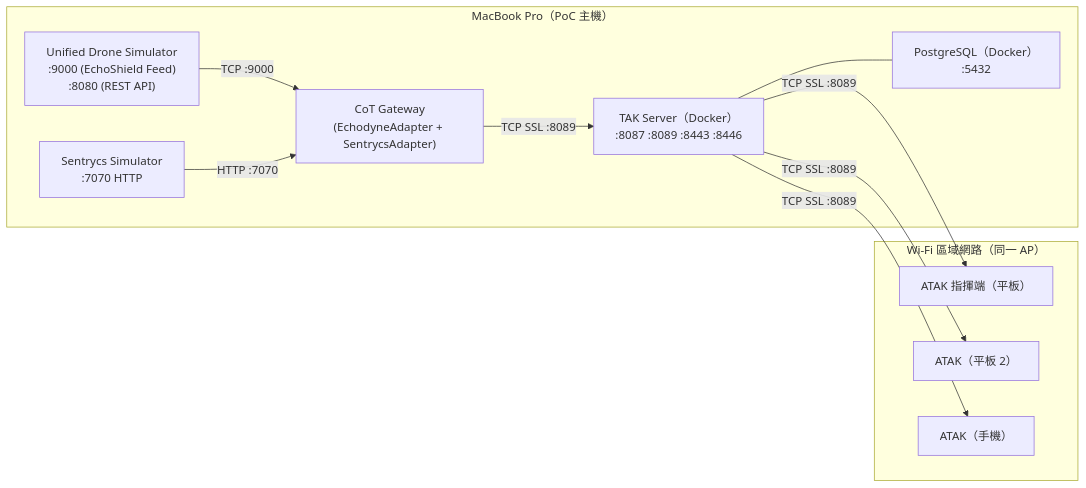
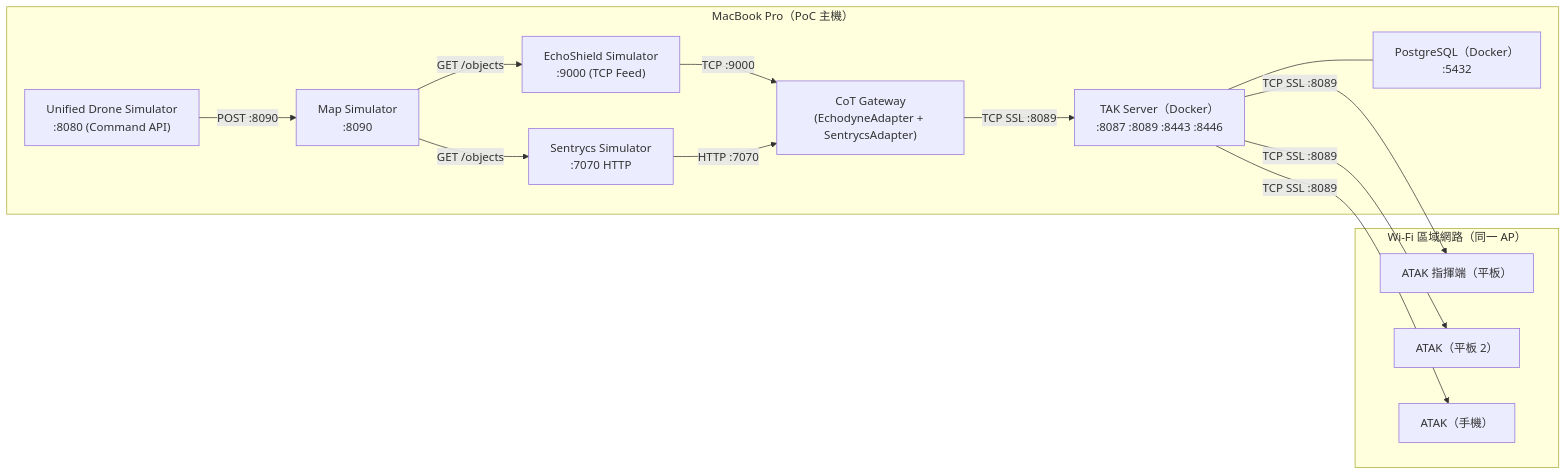
The fourth of 4 diagrams in docs/system-docs/01-system-architecture.md (aplool-tw/cics-tak-demo), drawn with Mermaid before and after one commit. The commit also changed other lines of this file and 4 other files, not shown here.

First line of the commit message:
docs(system-docs): add Map Simulator as sensor layer object registry

````diff
--- a/docs/system-docs/01-system-architecture.md
+++ b/docs/system-docs/01-system-architecture.md
@@ -300,24 +308,29 @@
 ```mermaid
 flowchart LR
     subgraph MACBOOK["MacBook Pro（PoC 主機）"]
-        UDS["Unified Drone Simulator\n:9000 (EchoShield Feed)\n:8080 (REST API)"]
+        UDS["Unified Drone Simulator\n:8080 (Command API)"]
+        MS["Map Simulator\n:8090"]
+        ES_SIM2["EchoShield Simulator\n:9000 (TCP Feed)"]
         SC["Sentrycs Simulator\n:7070 HTTP"]
         GW["CoT Gateway\n(EchodyneAdapter + SentrycsAdapter)"]
         TAKSVR["TAK Server（Docker）\n:8087 :8089 :8443 :8446"]
         PSQL["PostgreSQL（Docker）\n:5432"]
     end
 
     subgraph WIFI["Wi-Fi 區域網路（同一 AP）"]
         AT_C["ATAK 指揮端（平板）"]
         AT_T["ATAK（平板 2）"]
         AP["ATAK（手機）"]
     end
 
-    UDS -->|"TCP :9000"| GW
+    UDS -->|"POST :8090"| MS
+    MS -->|"GET /objects"| ES_SIM2
+    MS -->|"GET /objects"| SC
+    ES_SIM2 -->|"TCP :9000"| GW
     SC -->|"HTTP :7070"| GW
     GW -->|"TCP SSL :8089"| TAKSVR
     TAKSVR --- PSQL
     TAKSVR -->|"TCP SSL :8089\n<MacBook-LAN-IP>"| AT_C
     TAKSVR -->|"TCP SSL :8089\n<MacBook-LAN-IP>"| AT_T
     TAKSVR -->|"TCP SSL :8089\n<MacBook-LAN-IP>"| AP
 ```
````
